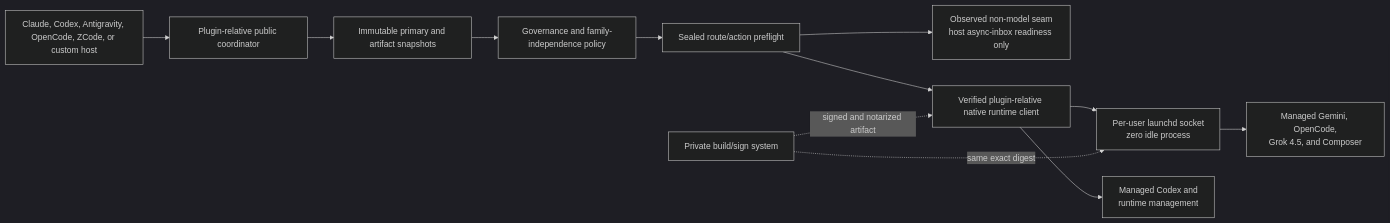
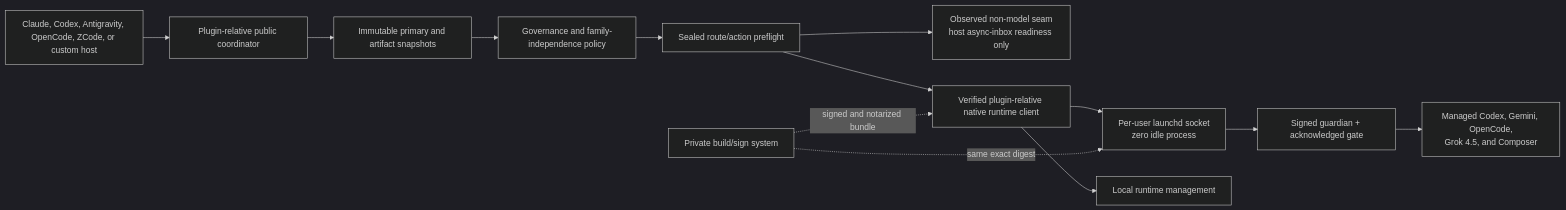
The diagram in README.md (sumitake/agent-collab), drawn with Mermaid (dark theme) before and after one commit. The commit also changed other lines of this file and 67 other files, not shown here.

````diff
--- a/README.md
+++ b/README.md
@@ -106,14 +124,15 @@
 ```mermaid
 flowchart LR
     H["Claude, Codex, Antigravity, OpenCode, ZCode, or custom host"] --> C0["Plugin-relative public coordinator"]
     C0 --> P["Immutable primary and artifact snapshots"]
     P --> G["Governance and family-independence policy"]
     G --> S["Sealed route/action preflight"]
     S --> N["Observed non-model seam<br/>host async-inbox readiness only"]
     S --> C["Verified plugin-relative native runtime client"]
     C --> B["Per-user launchd socket<br/>zero idle process"]
-    B --> X1["Managed Gemini, OpenCode,<br/>Grok 4.5, and Composer"]
-    C --> X2["Managed Codex and<br/>runtime management"]
-    W["Private build/sign system"] -. "signed and notarized artifact" .-> C
+    B --> Q["Signed guardian + acknowledged gate"]
+    Q --> X1["Managed Codex, Gemini, OpenCode,<br/>Grok 4.5, and Composer"]
+    C --> X2["Local runtime management"]
+    W["Private build/sign system"] -. "signed and notarized bundle" .-> C
     W -. "same exact digest" .-> B
 ```
````
